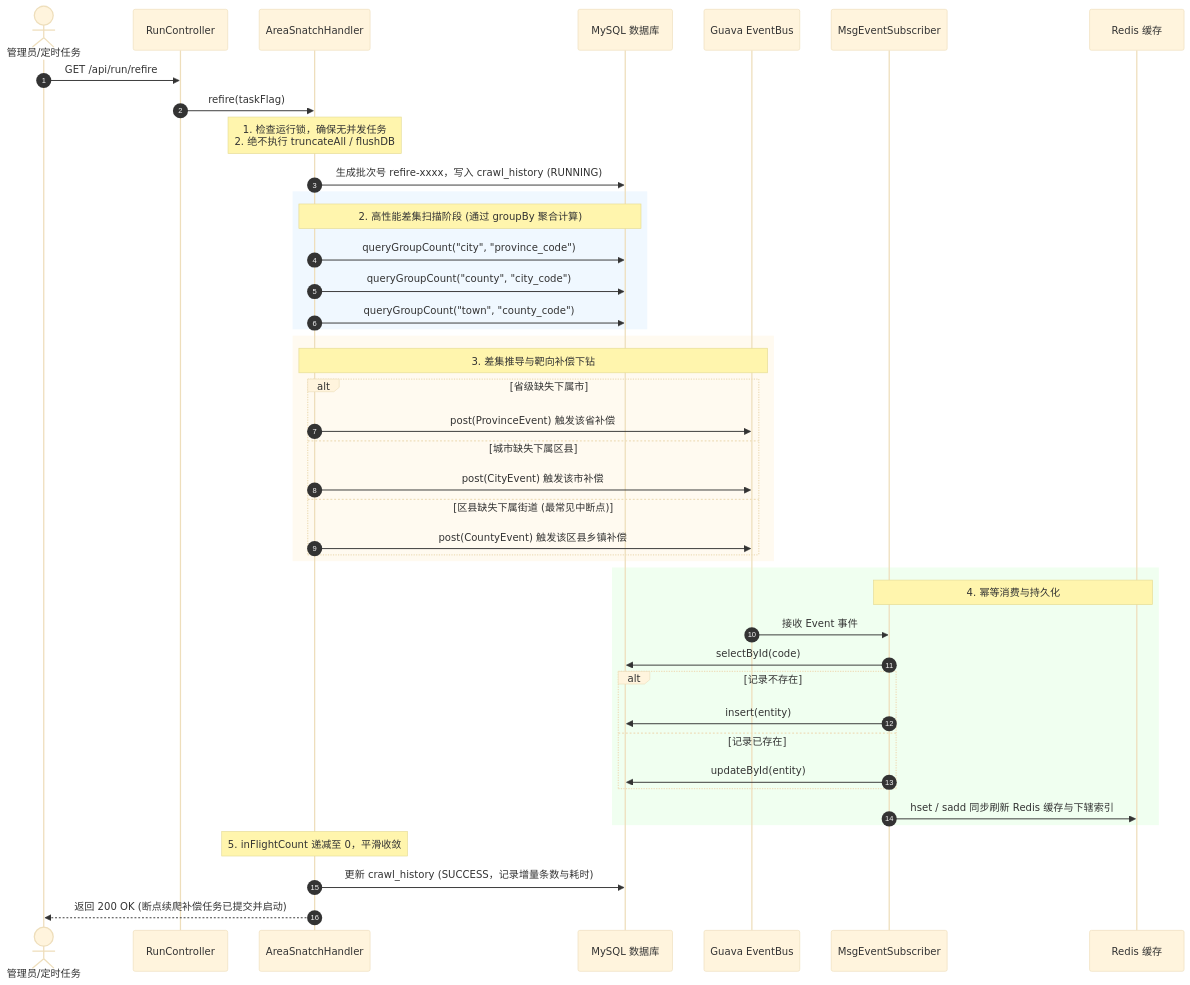
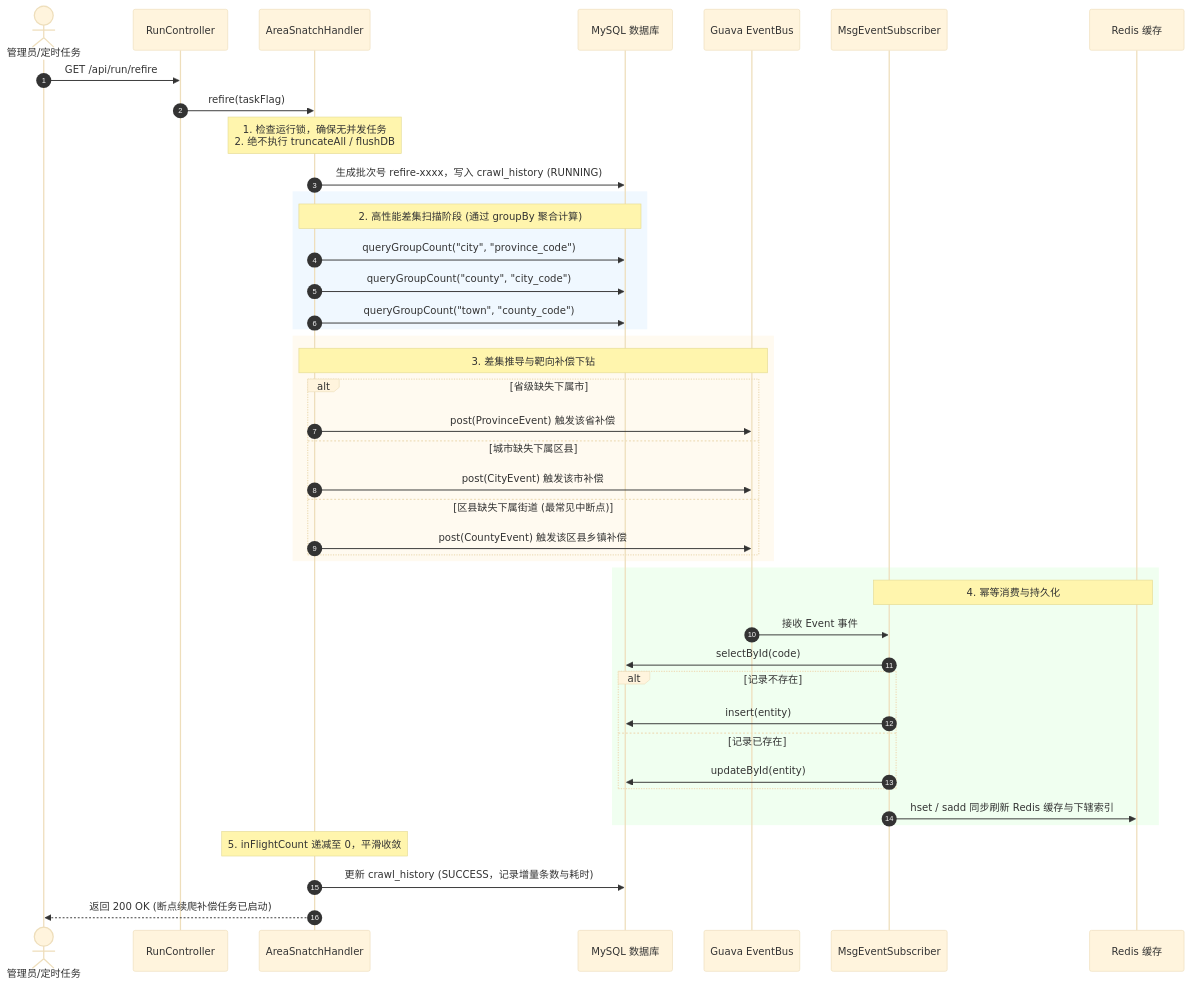
Before and after one commit to asahouse/gb2260: the diagram in README.md, drawn with Mermaid (base theme). The commit also changed other lines of this file and 6 other files, not shown here.

````diff
--- a/README.md
+++ b/README.md
@@ -168,50 +102,50 @@
 ```mermaid
 sequenceDiagram
     autonumber
     actor Admin as 管理员/定时任务
     participant RunCtrl as RunController
     participant SnatchHandler as AreaSnatchHandler
     participant DB as MySQL 数据库
     participant EventBus as Guava EventBus
     participant Sub as MsgEventSubscriber
     participant Cache as Redis 缓存
 
     Admin->>RunCtrl: GET /api/run/refire
     RunCtrl->>SnatchHandler: refire(taskFlag)
     Note over SnatchHandler: 1. 检查运行锁，确保无并发任务<br/>2. 绝不执行 truncateAll / flushDB
     SnatchHandler->>DB: 生成批次号 refire-xxxx，写入 crawl_history (RUNNING)
     
     rect rgb(240, 248, 255)
     Note over SnatchHandler, DB: 2. 高性能差集扫描阶段 (通过 groupBy 聚合计算)
     SnatchHandler->>DB: queryGroupCount("city", "province_code")
     SnatchHandler->>DB: queryGroupCount("county", "city_code")
     SnatchHandler->>DB: queryGroupCount("town", "county_code")
     end
 
     rect rgb(255, 250, 240)
     Note over SnatchHandler, EventBus: 3. 差集推导与靶向补偿下钻
     alt 省级缺失下属市
         SnatchHandler->>EventBus: post(ProvinceEvent) 触发该省补偿
     else 城市缺失下属区县
         SnatchHandler->>EventBus: post(CityEvent) 触发该市补偿
     else 区县缺失下属街道 (最常见中断点)
         SnatchHandler->>EventBus: post(CountyEvent) 触发该区县乡镇补偿
     end
     end
 
     rect rgb(240, 255, 240)
     Note over Sub, Cache: 4. 幂等消费与持久化
     EventBus->>Sub: 接收 Event 事件
     Sub->>DB: selectById(code)
     alt 记录不存在
         Sub->>DB: insert(entity)
     else 记录已存在
         Sub->>DB: updateById(entity)
     end
     Sub->>Cache: hset / sadd 同步刷新 Redis 缓存与下辖索引
     end
 
     Note over SnatchHandler: 5. inFlightCount 递减至 0，平滑收敛
     SnatchHandler->>DB: 更新 crawl_history (SUCCESS，记录增量条数与耗时)
-    SnatchHandler-->>Admin: 返回 200 OK (断点续爬补偿任务已提交并启动)
+    SnatchHandler-->>Admin: 返回 200 OK (断点续爬补偿任务已启动)
 ```
````
